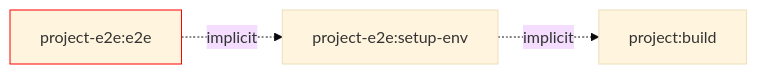
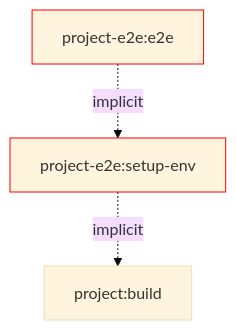
The fifth of 6 diagrams in README.md (push-based/nx-verdaccio), drawn with Mermaid (base theme) before and after one commit. The commit also changed other lines of this file, not shown here.

Commit message:
fix(build-env): diagram direction

````diff
--- a/README.md
+++ b/README.md
@@ -124,7 +125,7 @@
 ```mermaid
-flowchart LR
-P[project-e2e:e2e]:::e2e-.implicit.->S[project-e2e:setup-env]:::build;
+flowchart TB
+P[project-e2e:e2e]:::e2e-.implicit.->S[project-e2e:setup-env]:::setup-env;
 S-.implicit.->E[project:build]:::build;
 classDef e2e stroke:#f00
 classDef setup-env stroke:#f00
 ```
````
